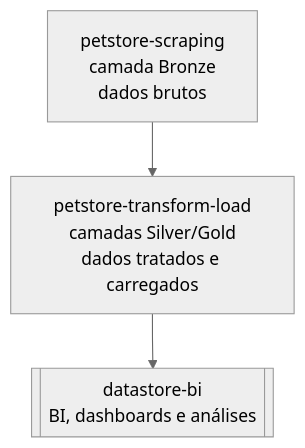
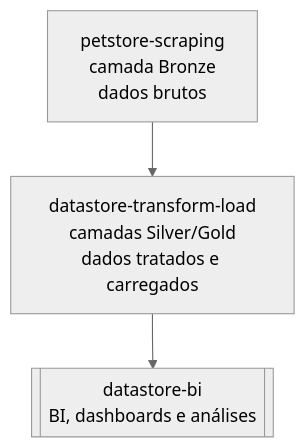
Before and after one commit to rafa-trindade/petstore-scraping: the diagram in README.MD, drawn with Mermaid (neutral theme). The commit also changed other lines of this file and 4 other files, not shown here.

````diff
--- a/README.MD
+++ b/README.MD
@@ -35,5 +35,5 @@
 ```mermaid
 graph TD
-    A[petstore-scraping<br>camada Bronze<br>dados brutos] --> B[petstore-transform-load<br>camadas Silver/Gold<br>dados tratados e carregados]
+    A[petstore-scraping<br>camada Bronze<br>dados brutos] --> B[datastore-transform-load<br>camadas Silver/Gold<br>dados tratados e carregados]
     B --> C[[datastore-bi<br>BI, dashboards e análises]]
 ```
````
